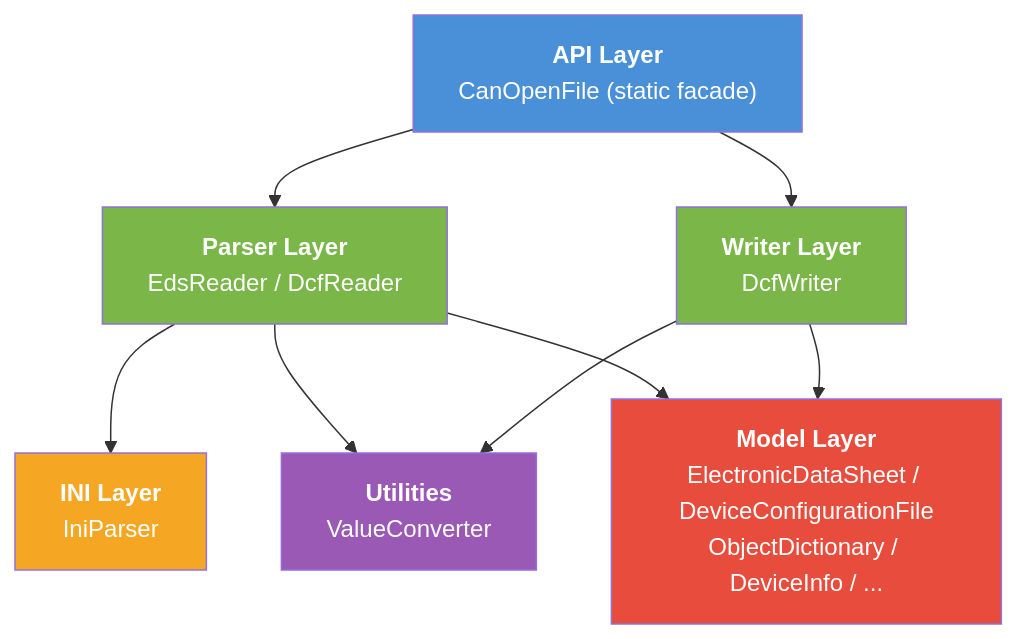
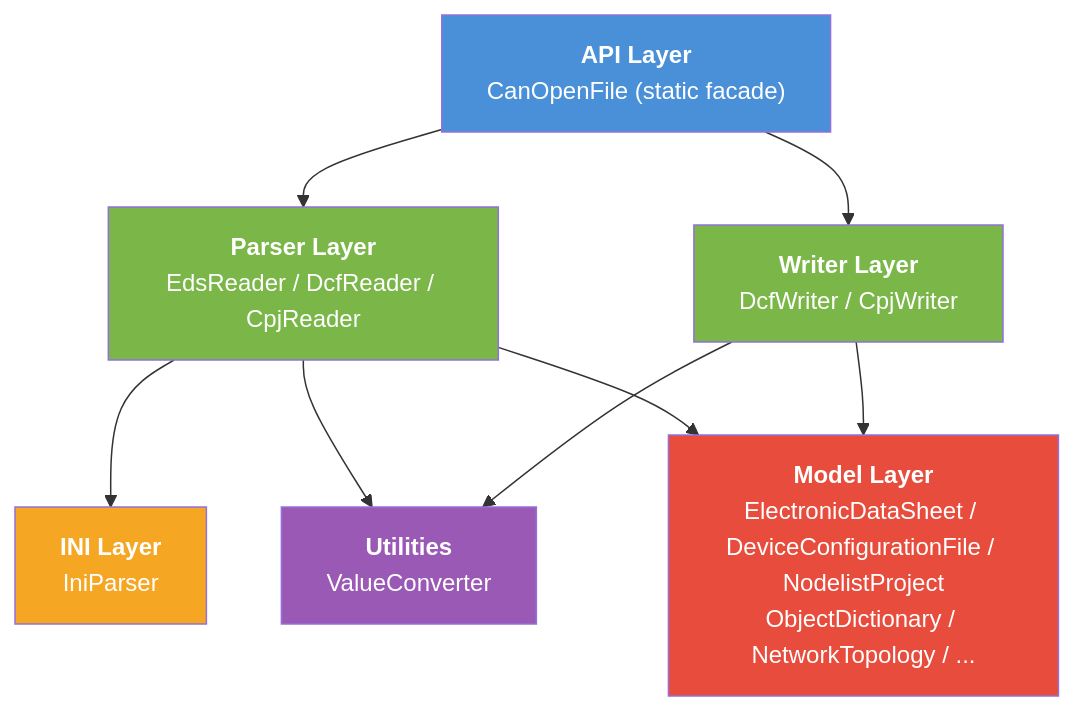
Before and after one commit to dborgards/eds-dcf-net: the diagram in docs/architecture/04-solution-strategy.md, drawn with Mermaid. The commit also changed other lines of this file and 18 other files, not shown here.

First line of the commit message:
feat: add CiA 306-3 nodelist project (.cpj) support (#21)

````diff
--- a/docs/architecture/04-solution-strategy.md
+++ b/docs/architecture/04-solution-strategy.md
@@ -19,19 +19,19 @@
 ```mermaid
 graph TD
     A["<b>API Layer</b><br/>CanOpenFile (static facade)"] --> B
     A --> D
-    B["<b>Parser Layer</b><br/>EdsReader / DcfReader"] --> C
+    B["<b>Parser Layer</b><br/>EdsReader / DcfReader / CpjReader"] --> C
     C["<b>INI Layer</b><br/>IniParser"]
-    D["<b>Writer Layer</b><br/>DcfWriter"]
+    D["<b>Writer Layer</b><br/>DcfWriter / CpjWriter"]
     B --> E["<b>Utilities</b><br/>ValueConverter"]
     D --> E
-    B --> F["<b>Model Layer</b><br/>ElectronicDataSheet / DeviceConfigurationFile<br/>ObjectDictionary / DeviceInfo / ..."]
+    B --> F["<b>Model Layer</b><br/>ElectronicDataSheet / DeviceConfigurationFile / NodelistProject<br/>ObjectDictionary / NetworkTopology / ..."]
     D --> F
 
     style A fill:#4A90D9,color:#fff
     style B fill:#7AB648,color:#fff
     style C fill:#F5A623,color:#fff
     style D fill:#7AB648,color:#fff
     style E fill:#9B59B6,color:#fff
     style F fill:#E74C3C,color:#fff
 ```
````
